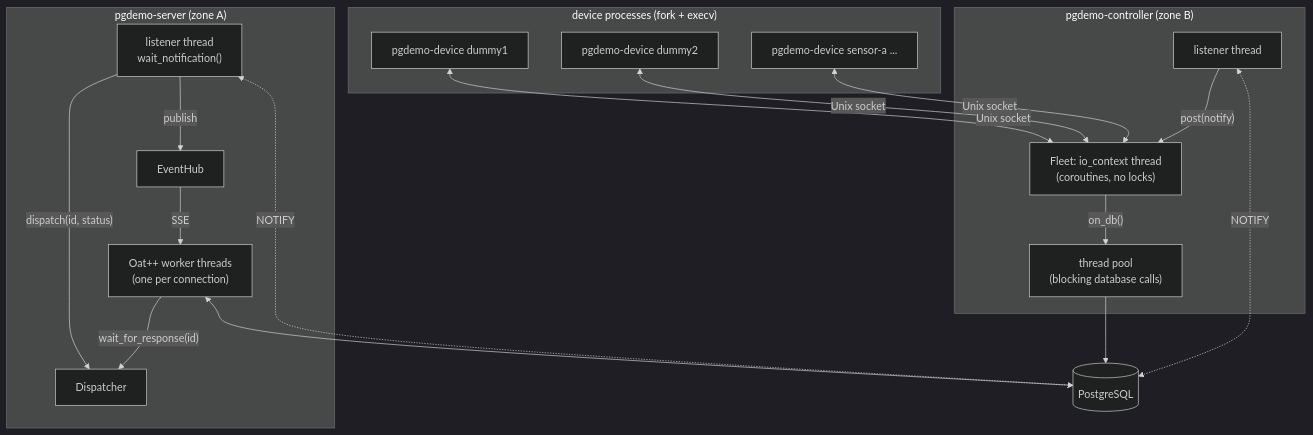
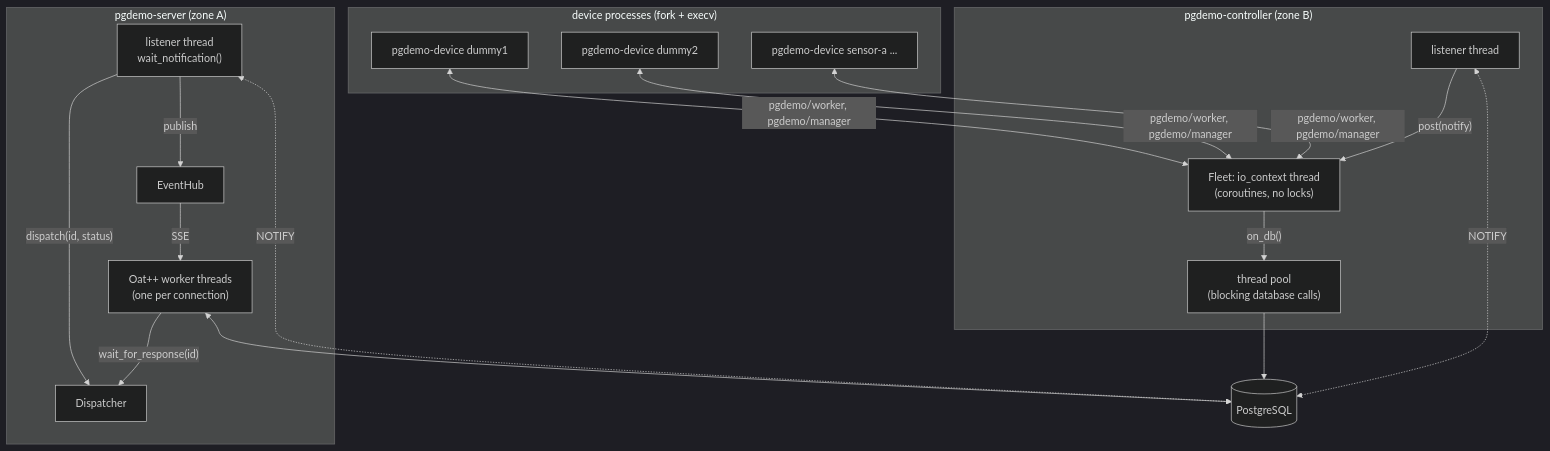
One commit to jgmatu/postgresql changed the first of 5 diagrams in docs/ARCHITECTURE.md. Above: the diagram before and after it, drawn with Mermaid (dark theme). The commit also changed other lines of this file and 44 other files, not shown here.

First line of the commit message:
Replace Unix-socket JSON frames with a ROS 2 contract between the manager and its workers.

````diff
--- a/docs/ARCHITECTURE.md
+++ b/docs/ARCHITECTURE.md
@@ -33,33 +33,33 @@
 ```mermaid
 flowchart TB
     subgraph S["pgdemo-server (zone A)"]
         HTTP["Oat++ worker threads<br/>(one per connection)"]
         SL["listener thread<br/>wait_notification()"]
         D["Dispatcher"]
         H["EventHub"]
         HTTP -- "wait_for_response(id)" --> D
         SL -- "dispatch(id, status)" --> D
         SL -- "publish" --> H
         H -- "SSE" --> HTTP
     end
     subgraph C["pgdemo-controller (zone B)"]
         CL["listener thread"]
         F["Fleet: io_context thread<br/>(coroutines, no locks)"]
         DB["thread pool<br/>(blocking database calls)"]
         CL -- "post(notify)" --> F
         F -- "on_db()" --> DB
     end
     subgraph DEV["device processes (fork + execv)"]
         P1["pgdemo-device dummy1"]
         P2["pgdemo-device dummy2"]
         PN["pgdemo-device sensor-a ..."]
     end
     PG[("PostgreSQL")]
     HTTP <--> PG
     SL <-. "NOTIFY" .-> PG
-    P1 <-- "Unix socket" --> F
-    P2 <-- "Unix socket" --> F
-    PN <-- "Unix socket" --> F
+    P1 <-- "pgdemo/worker, pgdemo/manager" --> F
+    P2 <-- "pgdemo/worker, pgdemo/manager" --> F
+    PN <-- "pgdemo/worker, pgdemo/manager" --> F
     DB --> PG
     CL <-. "NOTIFY" .-> PG
 ```
````
